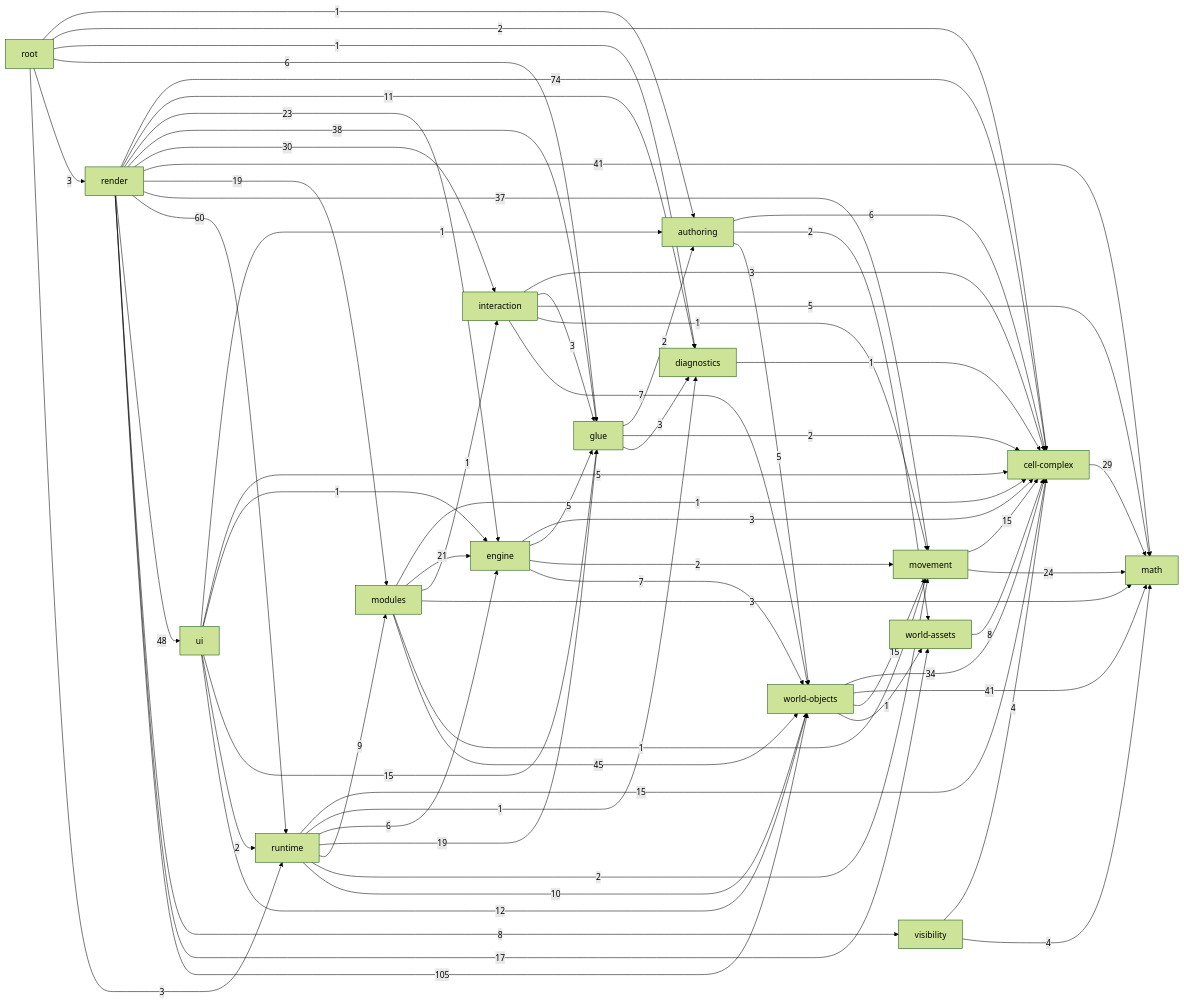
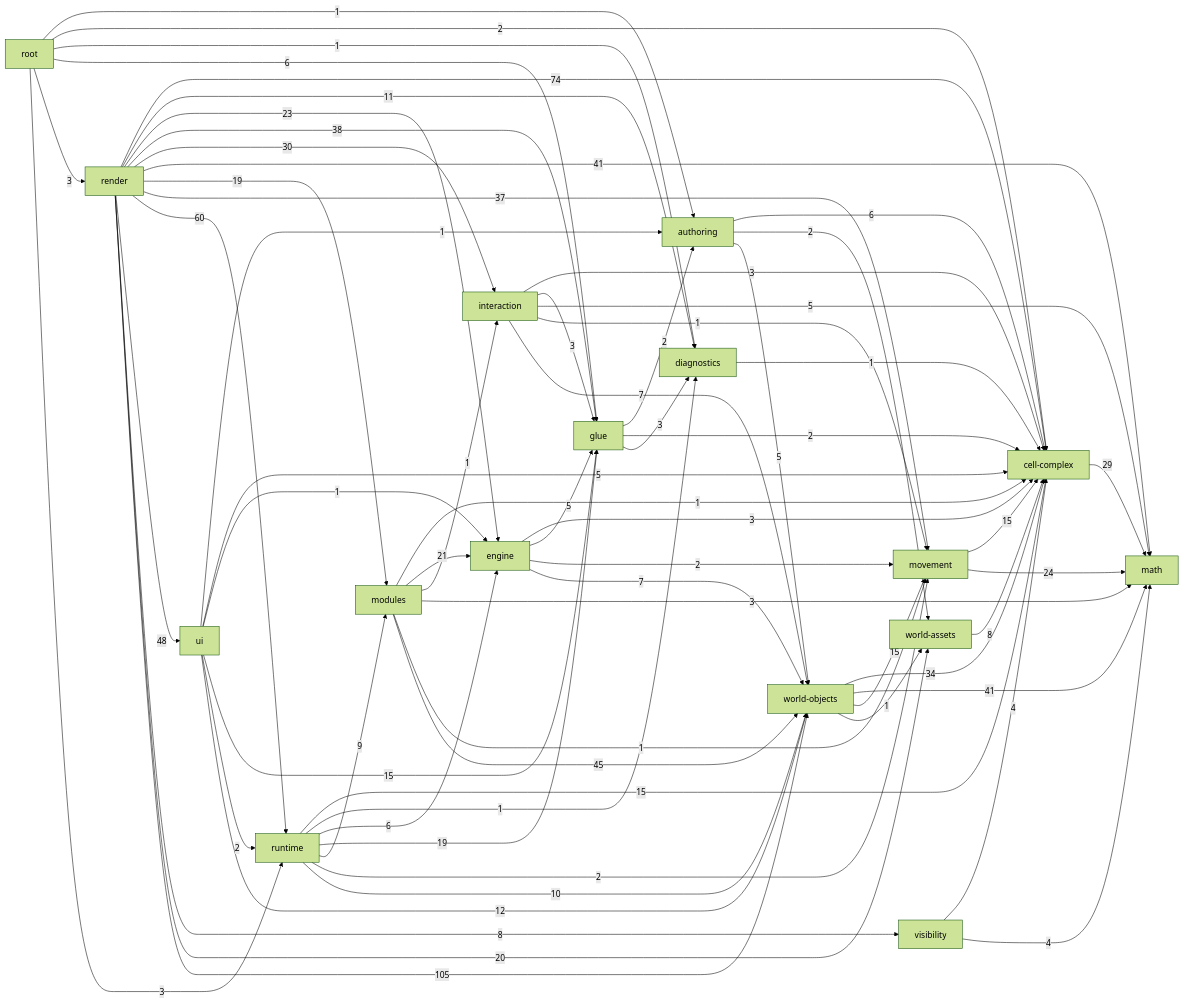
The diagram in _docs/generated/ARCHITECTURE_REFERENCE.md (guraltsev/noneuclid-fpv), drawn with Mermaid (forest theme) before and after one commit. The commit also changed other lines of this file and 19 other files, not shown here.

```diff
--- a/_docs/generated/ARCHITECTURE_REFERENCE.md
+++ b/_docs/generated/ARCHITECTURE_REFERENCE.md
@@ -88,7 +88,7 @@
   render -->|60| runtime
   render -->|48| ui
   render -->|8| visibility
-  render -->|17| world_assets
+  render -->|20| world_assets
   render -->|105| world_objects
   root -->|1| authoring
   root -->|2| cell_complex
```
